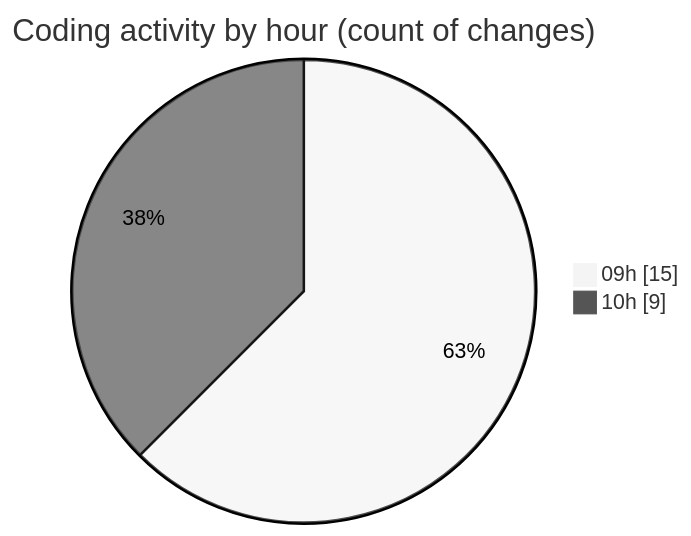
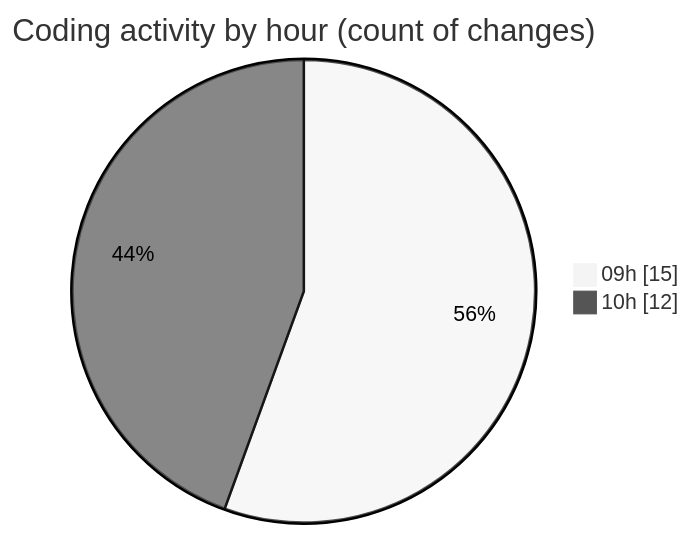
The second of 2 diagrams in 2025-09-16/datanv/README.md (lephambinh05/code-tracking), drawn with Mermaid (neutral theme) before and after one commit. The commit also changed other lines of this file and 1 other file, not shown here.

````diff
--- a/2025-09-16/datanv/README.md
+++ b/2025-09-16/datanv/README.md
@@ -35,6 +35,6 @@
 ```mermaid
 pie showData
 title Coding activity by hour (count of changes)
 "09h" : 15
-"10h" : 9
+"10h" : 12
 ```
````
